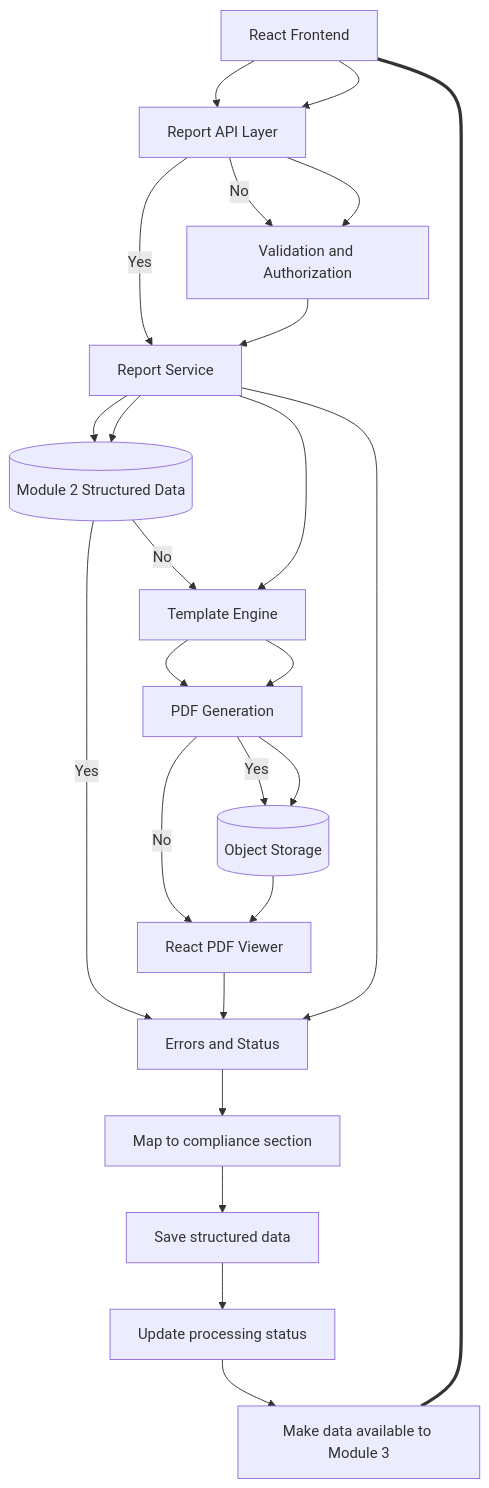
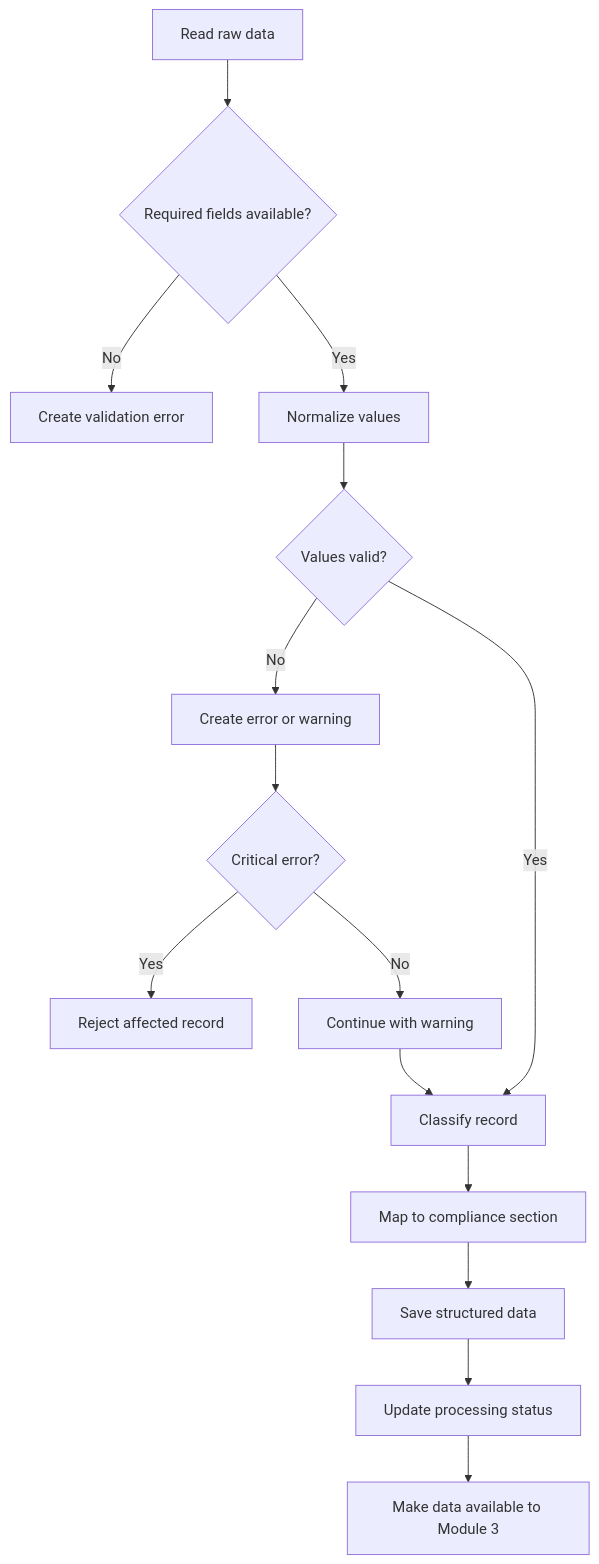
One commit to Aseries-Group/MACE changed the ninth of 21 diagrams in README.md. Above: the diagram before and after it, drawn with Mermaid. The commit also changed other lines of this file, not shown here.

First line of the commit message:
clean up and organize module documentation

````diff
--- a/README.md
+++ b/README.md
@@ -388,27 +1226,17 @@
 ```mermaid
 flowchart TD
     A[Read raw data] --> B{Required fields available?}
     B -- No --> C[Create validation error]
     B -- Yes --> D[Normalize values]
     D --> E{Values valid?}
     E -- No --> F[Create error or warning]
     F --> G{Critical error?}
     G -- Yes --> H[Reject affected record]
     G -- No --> I[Continue with warning]
     E -- Yes --> J[Classify record]
     I --> J
     J --> K[Map to compliance section]
     K --> L[Save structured data]
     L --> M[Update processing status]
     M --> N[Make data available to Module 3]
-=======
-    A[React Frontend] --> B[Report API Layer]
-    B --> C[Validation and Authorization]
-    C --> D[Report Service]
-    D --> E[(Module 2 Structured Data)]
-    D --> F[Template Engine]
-    F --> G[PDF Generation]
-    G --> H[(Object Storage)]
-    H --> I[React PDF Viewer]
-    D --> J[Errors and Status]
 ```
````
